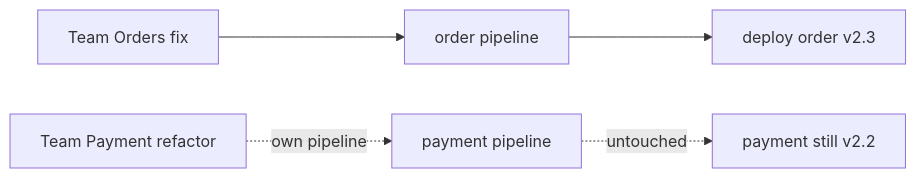
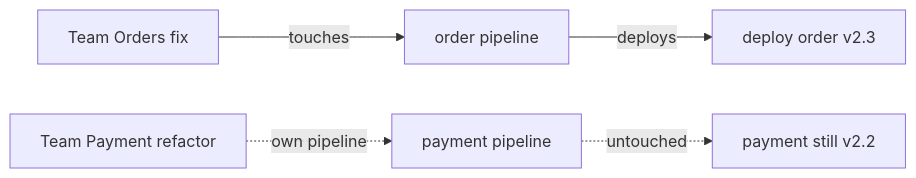
Diagram 11 of 14 in docs/ch02-microservice-architecture.md (vinayakuber/microservices-io-study-guide), drawn with Mermaid before and after one commit. The commit also changed other lines of this file and 71 other files, not shown here.

First line of the commit message:
R18: label every diagram arrow with its meaning

````diff
--- a/docs/ch02-microservice-architecture.md
+++ b/docs/ch02-microservice-architecture.md
@@ -363,7 +363,7 @@
 ```mermaid
 flowchart LR
-  TO["Team Orders fix"] --> P1["order pipeline"]
-  P1 --> D1["deploy order v2.3"]
+  TO["Team Orders fix"] -->|"touches"| P1["order pipeline"]
+  P1 -->|"deploys"| D1["deploy order v2.3"]
   TP["Team Payment refactor"] -.own pipeline.-> P2["payment pipeline"]
   P2 -.untouched.-> D2["payment still v2.2"]
 ```
````
